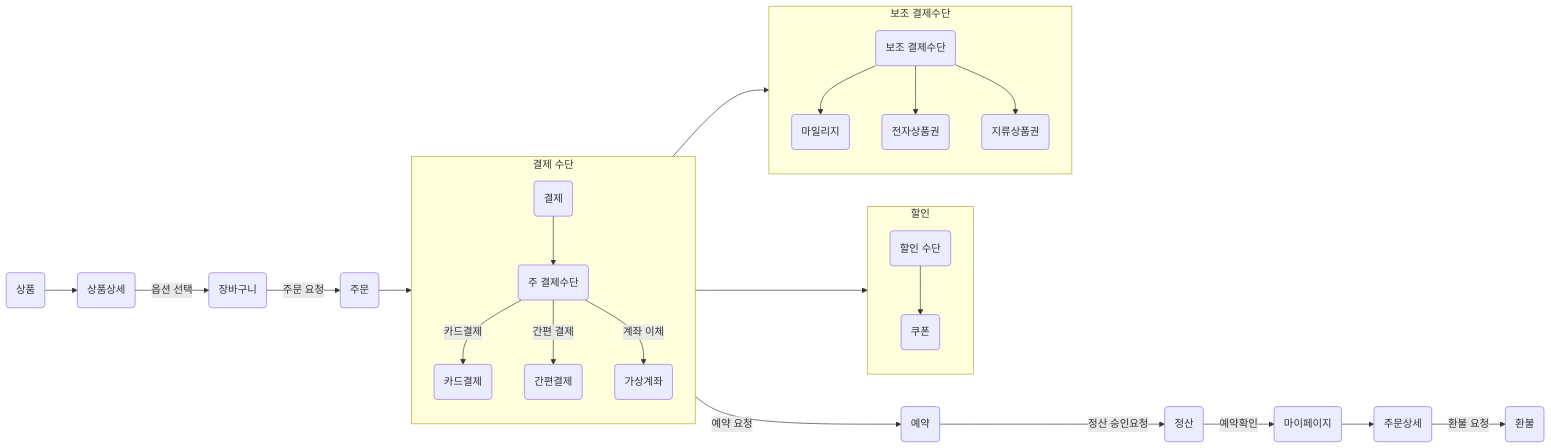
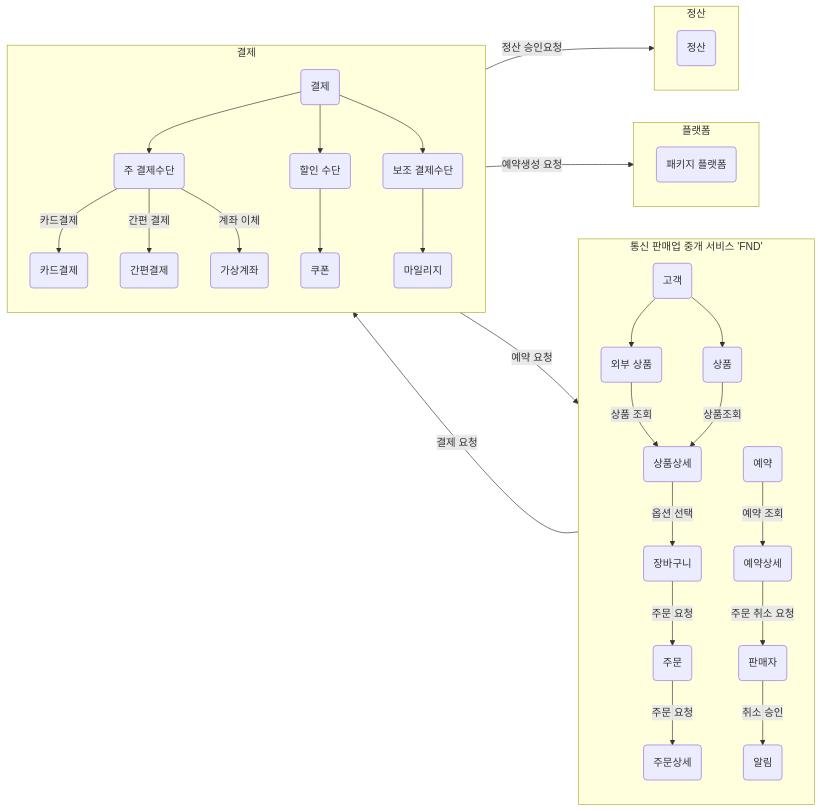
Before and after one commit to next-step/career-domain: the second of 2 diagrams in Domain/domainModel-hyungkishin.md, drawn with Mermaid.

Commit message:
docs: 리뷰 반영

````diff
--- a/Domain/domainModel-hyungkishin.md
+++ b/Domain/domainModel-hyungkishin.md
@@ -22,42 +22,58 @@
 ```mermaid
     flowchart LR
+    User(고객)
+    Seller(판매자)
     Product(상품)
+    Notify(알림)
+    ApiProduct(외부 상품)
     ProductDetail(상품상세)
     Cart(장바구니)
     Order(주문)
     OrderDetail(주문상세)
     Payment(결제)
     Card(카드결제)
     EasyPay(간편결제)
     Mileage(마일리지)
-    VitualAccount(가상계좌)
+    VirtualAccount(가상계좌)
     MainAccount(주 결제수단)
-    Refund(환불)
     Coupon(쿠폰)
-    EGiftCard(전자상품권)
-    PGiftCard(지류상품권)
     Reservation(예약)
+    PackagePlatForm(패키지 플랫폼)
+    ReservationDetail(예약상세)
     Settlement(정산)
-    MyPage(마이페이지)
-    Product --> ProductDetail -->|옵션 선택| Cart
-    Cart -->|주문 요청| Order
-    Order --> Payment
-    subgraph 결제 수단
+    subgraph 통신 판매업 중개 서비스 'FND'
+        direction TB
+        User --> ApiProduct
+        User --> Product
+        ApiProduct -->|상품 조회| ProductDetail
+        Product -->|상품조회| ProductDetail -->|옵션 선택| Cart
+        Cart -->|주문 요청| Order
+        Order -->|주문 요청| OrderDetail
+        Reservation
+        ReservationDetail
+        Seller
+        Notify
+    end
+    OrderDetail -->|결제 요청| Payment
+    subgraph 결제
         direction TB
         Payment --> MainAccount -->|카드결제| Card
         MainAccount -->|간편 결제| EasyPay
-        MainAccount -->|계좌 이체| VitualAccount
+        MainAccount -->|계좌 이체| VirtualAccount
+        Payment --> DisCount(할인 수단) --> Coupon
+        Payment --> SubAccount(보조 결제수단) --> Mileage
     end
-    subgraph 할인
+    subgraph 플랫폼
         direction TB
-        Payment --> DisCount(할인 수단) --> Coupon
+        Payment -->|예약생성 요청| PackagePlatForm
     end
-    subgraph 보조 결제수단
+    subgraph 정산
         direction TB
-        Payment --> SubAccount(보조 결제수단) --> Mileage
-        SubAccount(보조 결제수단) --> EGiftCard
-        SubAccount(보조 결제수단) --> PGiftCard
+        Payment -->|정산 승인요청| Settlement
     end
-    Payment -->|예약 요청| Reservation -->|정산 승인요청| Settlement -->|예약확인| MyPage
-    MyPage --> OrderDetail -->|환불 요청| Refund
+    Payment -->|예약 요청| Reservation
+    Reservation -->|예약 조회| ReservationDetail
+    ReservationDetail -->|주문 취소 요청| Seller
+    Seller -->|취소 승인| Notify
+    Notify
 ```
````
